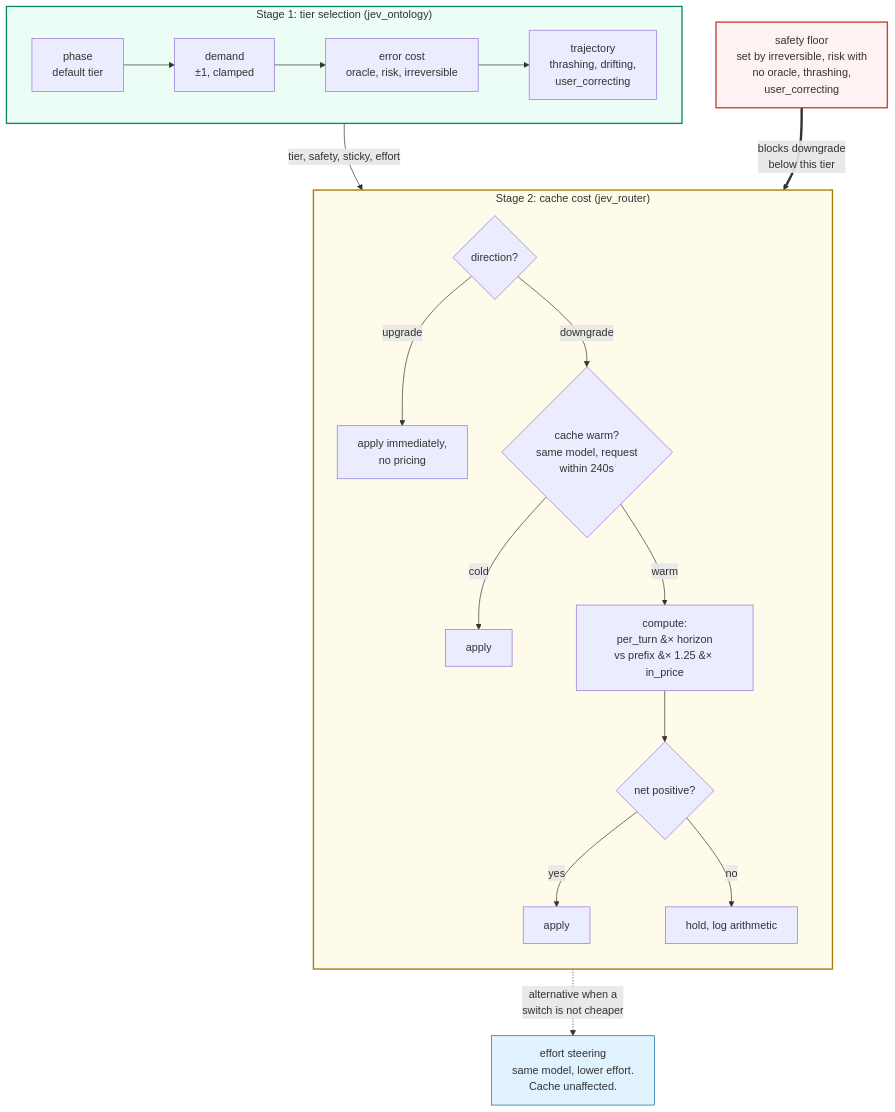
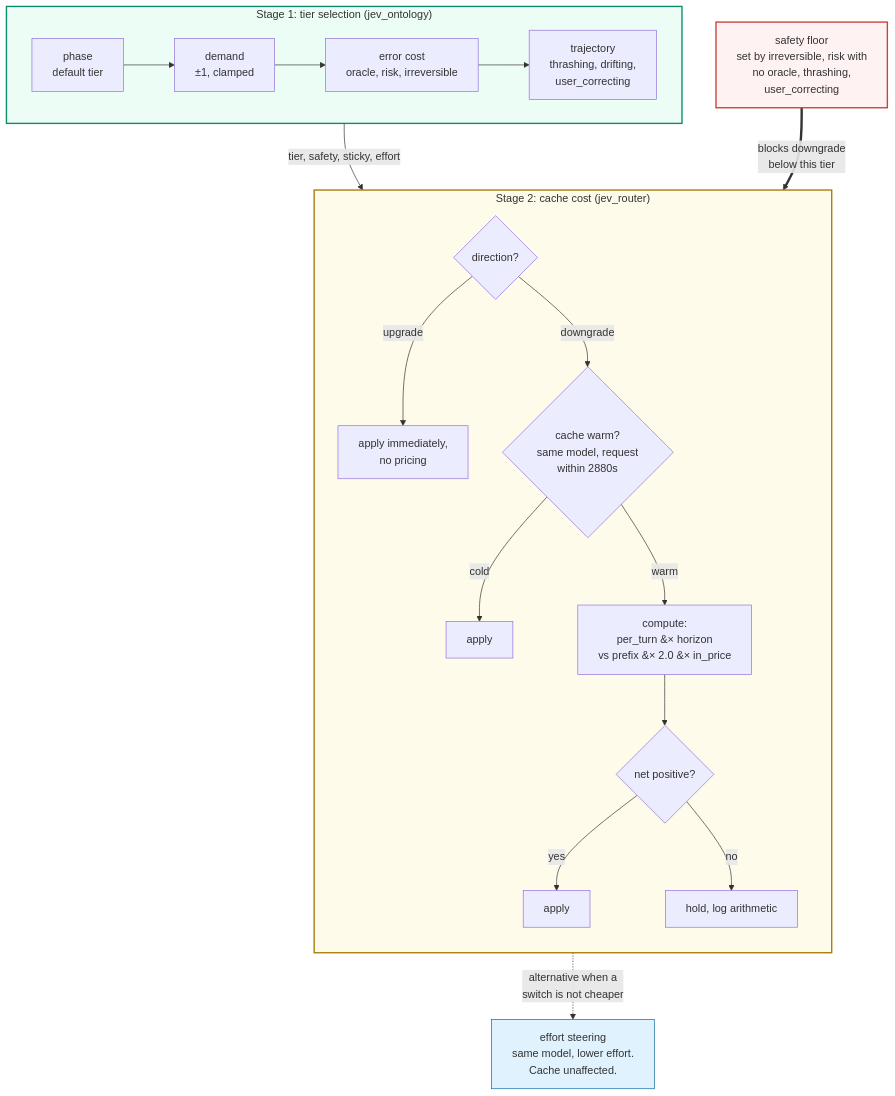
Before and after one commit to tgiridhar/claude-code-jev-smart-router: the fourth of 4 diagrams in docs/ARCHITECTURE.md, drawn with Mermaid. The commit also changed other lines of this file and 4 other files, not shown here.

First line of the commit message:
Correct the price table and cache TTL

````diff
--- a/docs/ARCHITECTURE.md
+++ b/docs/ARCHITECTURE.md
@@ -163,32 +163,32 @@
 ```mermaid
 flowchart TB
     subgraph want["Stage 1: tier selection (jev_ontology)"]
         direction LR
         w1["phase<br/>default tier"] --> w2["demand<br/>&plusmn;1, clamped"] --> w3["error cost<br/>oracle, risk, irreversible"] --> w4["trajectory<br/>thrashing, drifting,<br/>user_correcting"]
     end
 
     want -->|"tier, safety, sticky, effort"| gate
 
     subgraph gate["Stage 2: cache cost (jev_router)"]
         direction TB
         g0{"direction?"}
         g0 -->|upgrade| g1["apply immediately,<br/>no pricing"]
-        g0 -->|downgrade| g2{"cache warm?<br/>same model, request<br/>within 240s"}
+        g0 -->|downgrade| g2{"cache warm?<br/>same model, request<br/>within 2880s"}
         g2 -->|cold| g3["apply"]
-        g2 -->|warm| g4["compute:<br/>per_turn &#215; horizon<br/>vs prefix &#215; 1.25 &#215; in_price"]
+        g2 -->|warm| g4["compute:<br/>per_turn &#215; horizon<br/>vs prefix &#215; 2.0 &#215; in_price"]
         g4 --> g5{"net positive?"}
         g5 -->|yes| g6["apply"]
         g5 -->|no| g7["hold, log arithmetic"]
     end
 
     safety["safety floor<br/>set by irreversible, risk with<br/>no oracle, thrashing,<br/>user_correcting"]
     safety ==>|"blocks downgrade<br/>below this tier"| gate
 
     effort["effort steering<br/>same model, lower effort.<br/>Cache unaffected."]
     gate -.->|"alternative when a<br/>switch is not cheaper"| effort
 
     style want fill:#ecfdf5,stroke:#0c8a6c,stroke-width:2px
     style gate fill:#fffbeb,stroke:#a87b0b,stroke-width:2px
     style safety fill:#fef2f2,stroke:#cb4136,stroke-width:2px
     style effort fill:#e0f2fe,stroke:#0369a1
 ```
````
